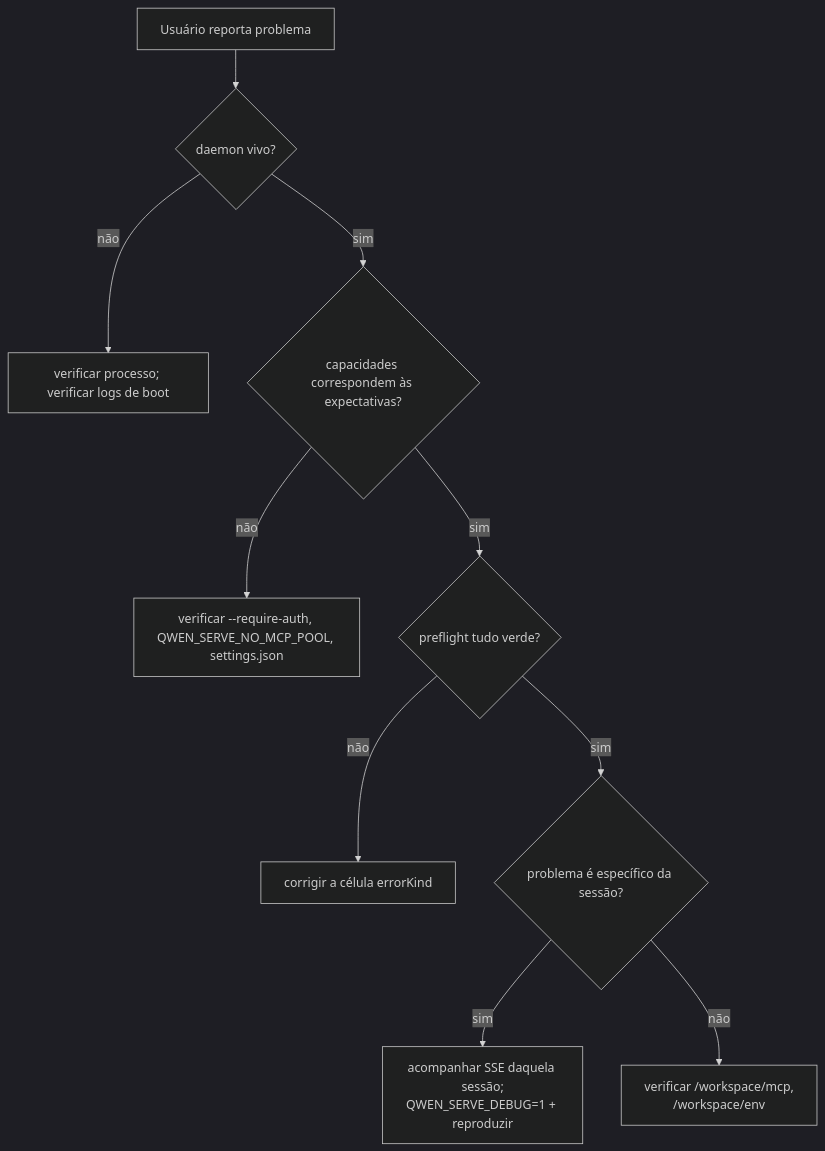
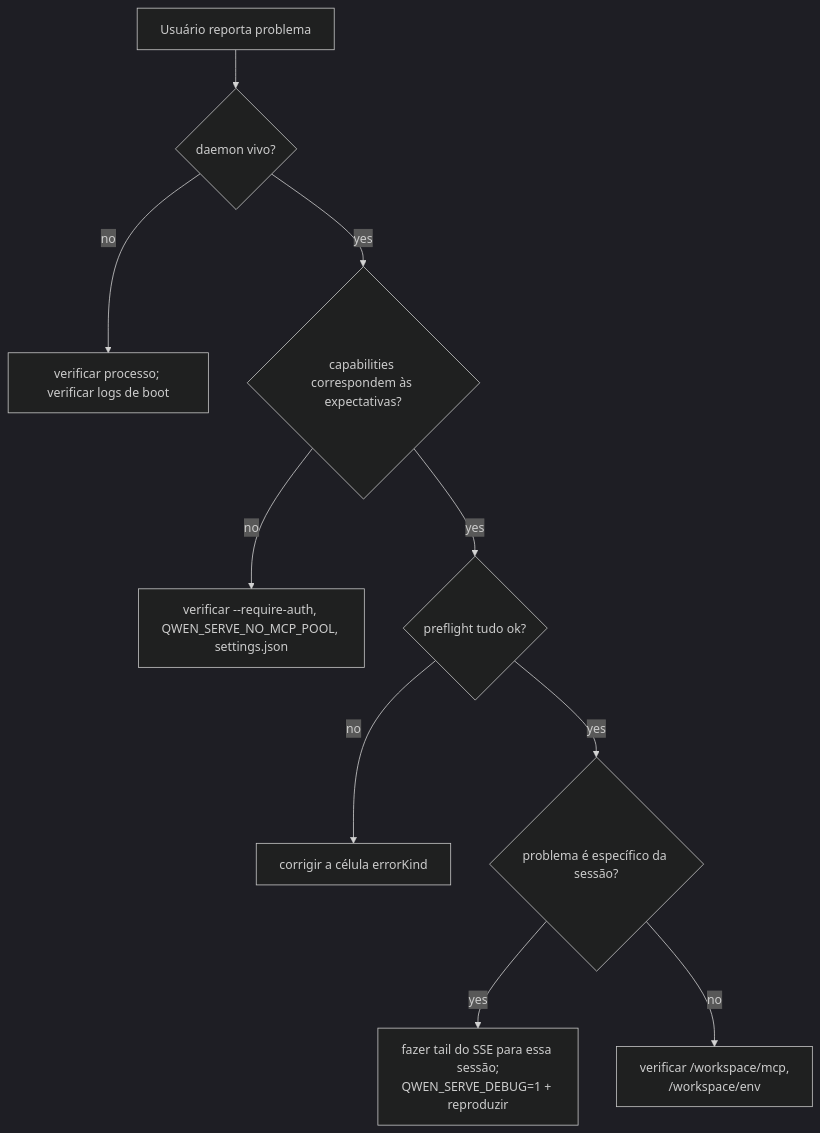
The diagram in website/content/pt-BR/developers/daemon/19-observability.md (QwenLM/qwen-code-docs), drawn with Mermaid (dark theme) before and after one commit. The commit also changed other lines of this file and 128 other files, not shown here.

````diff
--- a/website/content/pt-BR/developers/daemon/19-observability.md
+++ b/website/content/pt-BR/developers/daemon/19-observability.md
@@ -98,12 +127,12 @@
 ```mermaid
 flowchart TD
     A[Usuário reporta problema] --> B{daemon vivo?}
-    B -->|não| BD[verificar processo; verificar logs de boot]
-    B -->|sim| C{capacidades correspondem às expectativas?}
-    C -->|não| CD["verificar --require-auth, QWEN_SERVE_NO_MCP_POOL, settings.json"]
-    C -->|sim| D{preflight tudo verde?}
-    D -->|não| DD["corrigir a célula errorKind"]
-    D -->|sim| E{problema é específico da sessão?}
-    E -->|sim| ES["acompanhar SSE daquela sessão;<br/>QWEN_SERVE_DEBUG=1 + reproduzir"]
-    E -->|não| EW["verificar /workspace/mcp,<br/>/workspace/env"]
+    B -->|no| BD[verificar processo; verificar logs de boot]
+    B -->|yes| C{capabilities correspondem às expectativas?}
+    C -->|no| CD["verificar --require-auth, QWEN_SERVE_NO_MCP_POOL, settings.json"]
+    C -->|yes| D{preflight tudo ok?}
+    D -->|no| DD["corrigir a célula errorKind"]
+    D -->|yes| E{problema é específico da sessão?}
+    E -->|yes| ES["fazer tail do SSE para essa sessão;<br/>QWEN_SERVE_DEBUG=1 + reproduzir"]
+    E -->|no| EW["verificar /workspace/mcp,<br/>/workspace/env"]
 ```
````
